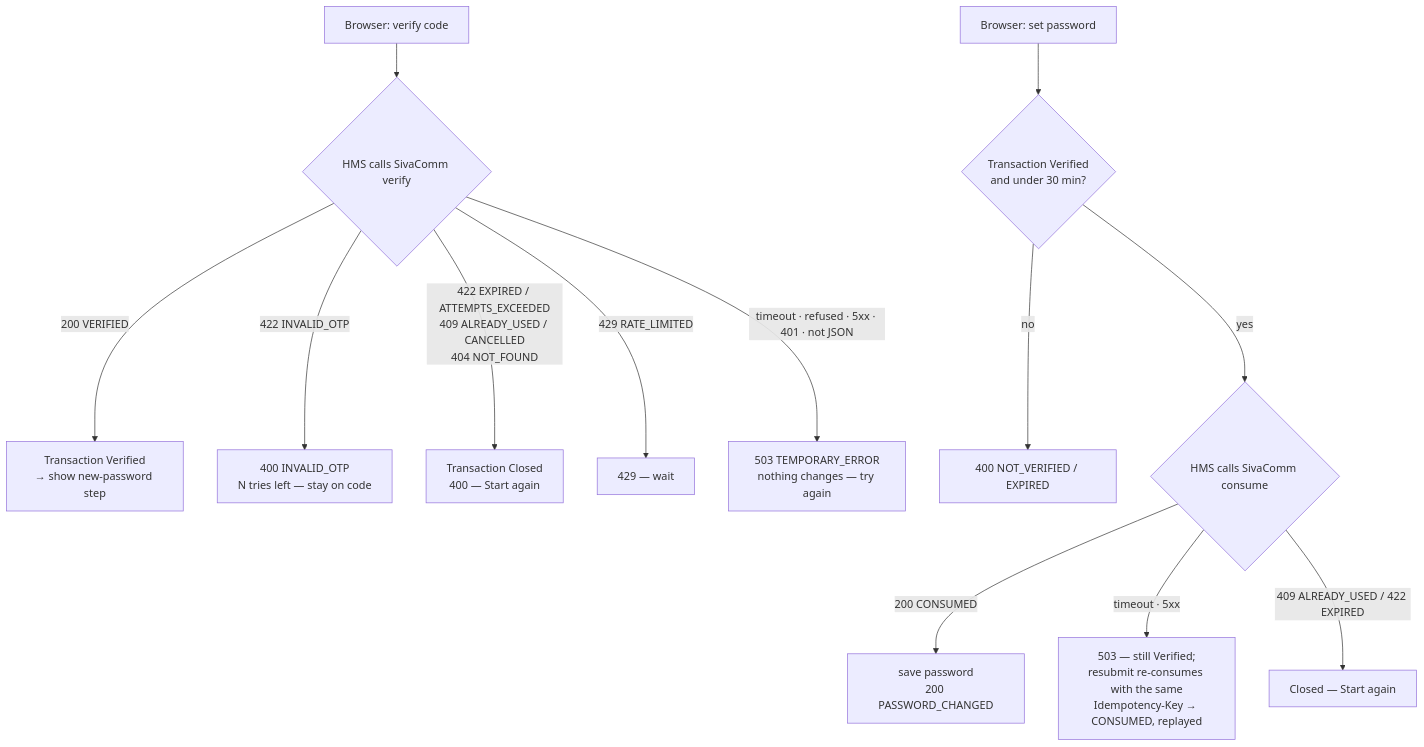
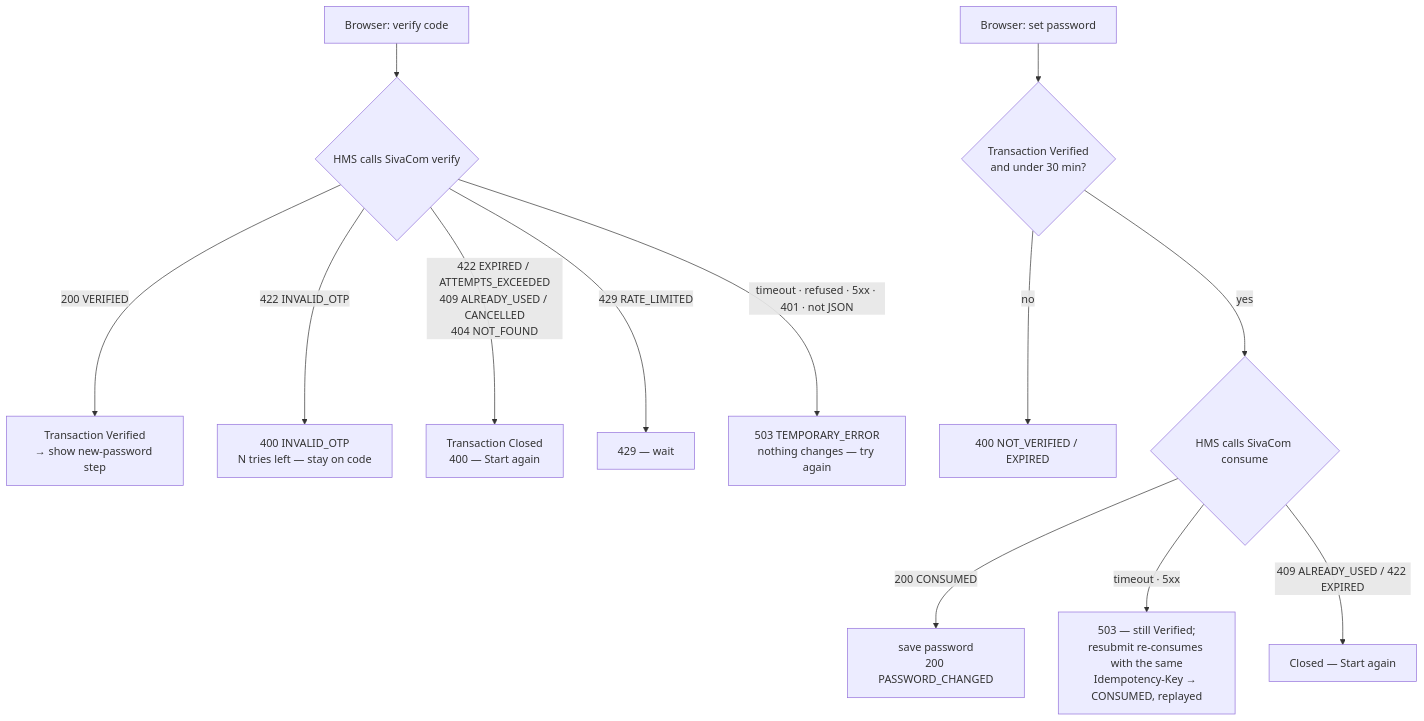
Before and after one commit to yugandharsimhadri/SivaComm: the fourth of 9 diagrams in docs/WORKFLOWS.md, drawn with Mermaid. The commit also changed other lines of this file and 127 other files, not shown here.

First line of the commit message:
Rename SivaComm to SivaCom everywhere except the database user

````diff
--- a/docs/WORKFLOWS.md
+++ b/docs/WORKFLOWS.md
@@ -343,16 +343,16 @@
 ```mermaid
 flowchart TD
-    V[Browser: verify code] --> HV{HMS calls SivaComm verify}
+    V[Browser: verify code] --> HV{HMS calls SivaCom verify}
     HV -->|200 VERIFIED| OK[Transaction Verified<br/>→ show new-password step]
     HV -->|422 INVALID_OTP| RETRY[400 INVALID_OTP<br/>N tries left — stay on code]
     HV -->|422 EXPIRED / ATTEMPTS_EXCEEDED<br/>409 ALREADY_USED / CANCELLED<br/>404 NOT_FOUND| DEAD[Transaction Closed<br/>400 — Start again]
     HV -->|429 RATE_LIMITED| WAIT[429 — wait]
     HV -->|timeout · refused · 5xx · 401 · not JSON| TEMP[503 TEMPORARY_ERROR<br/>nothing changes — try again]
 
     P[Browser: set password] --> T{Transaction Verified<br/>and under 30 min?}
     T -->|no| NV[400 NOT_VERIFIED / EXPIRED]
-    T -->|yes| HC{HMS calls SivaComm consume}
+    T -->|yes| HC{HMS calls SivaCom consume}
     HC -->|200 CONSUMED| SAVE[save password<br/>200 PASSWORD_CHANGED]
     HC -->|timeout · 5xx| TEMP2[503 — still Verified;<br/>resubmit re-consumes with the same<br/>Idempotency-Key → CONSUMED, replayed]
     HC -->|409 ALREADY_USED / 422 EXPIRED| END[Closed — Start again]
 ```
````
